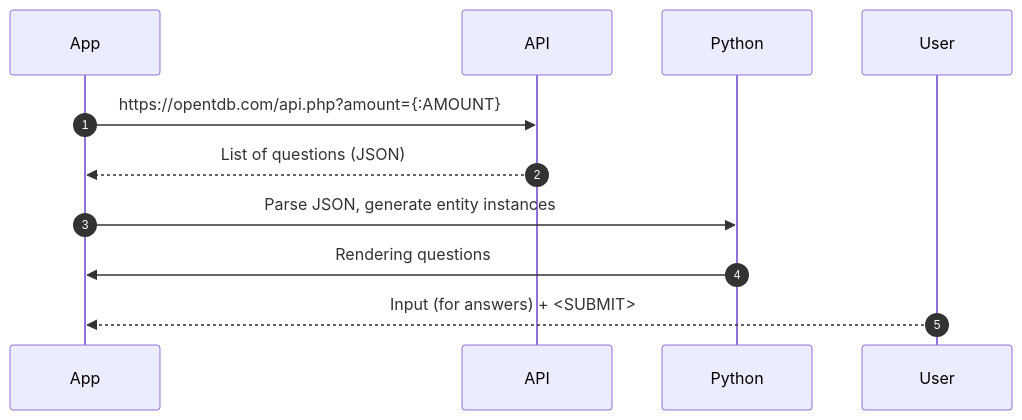
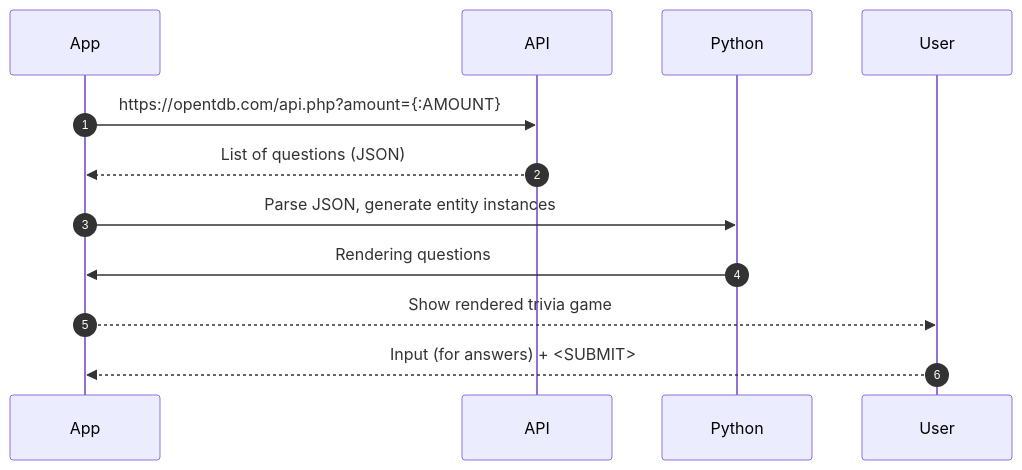
Before and after one commit to nevsglueckauf/trivia_db_game: the diagram in doq/dad.md, drawn with Mermaid. The commit also changed 5 other files, not shown here.

````diff
--- a/doq/dad.md
+++ b/doq/dad.md
@@ -5,9 +5,12 @@
 ```mermaid
 sequenceDiagram
     autonumber
+    
     App->>API: https://opentdb.com/api.php?amount={:AMOUNT}
     API-->>App: List of questions (JSON)
     App->>Python:  Parse JSON, generate entity instances 
     Python->>App:  Rendering questions
+    App-->>User: Show rendered trivia game
     User-->>App: Input (for answers) + <SUBMIT>
+    
 ```
````
